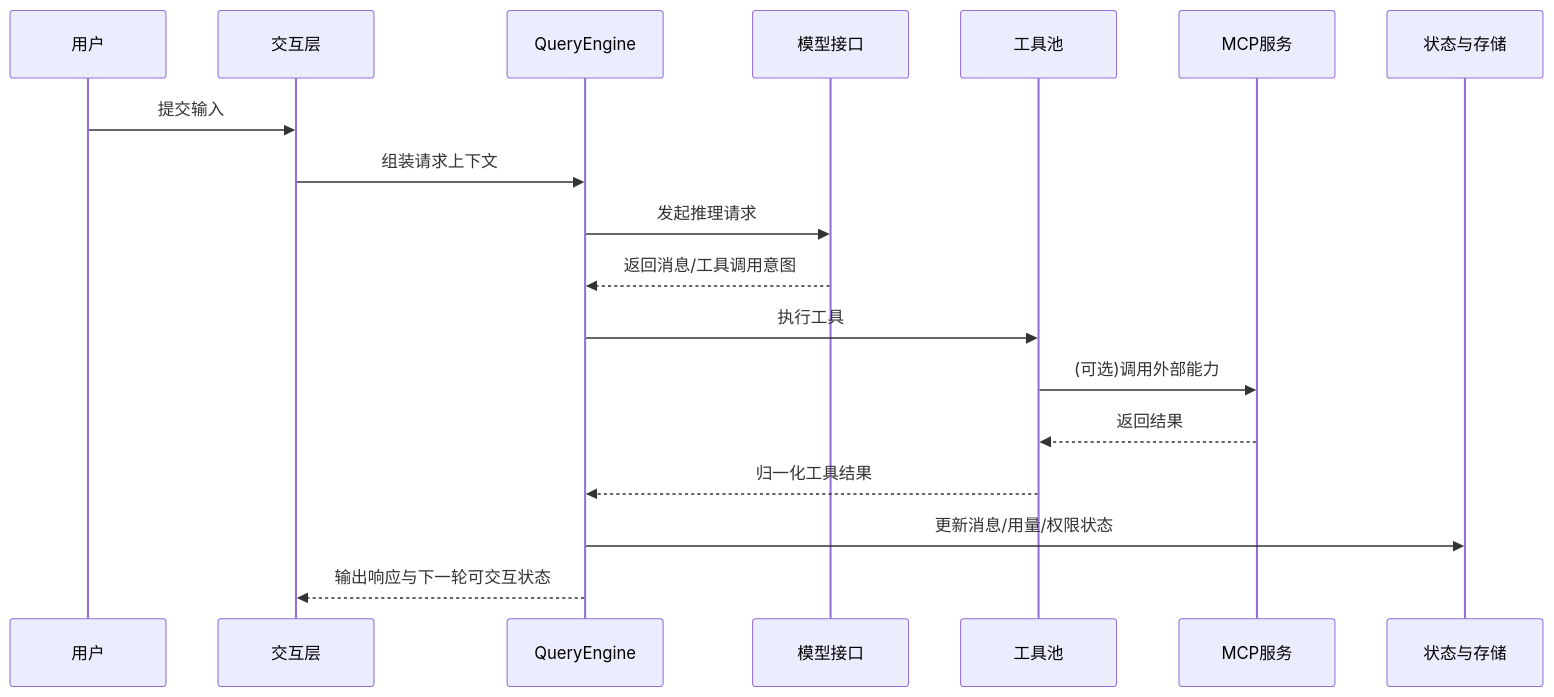
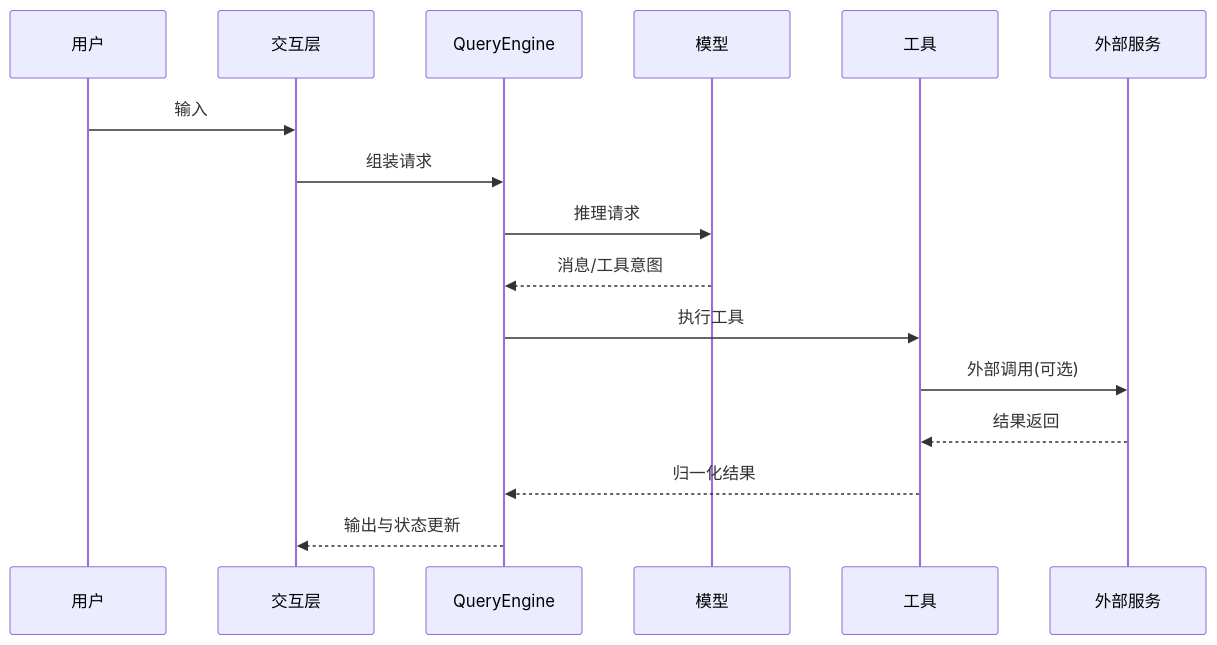
One commit to NanoAgentCode/claude-code-rev changed the third of 3 diagrams in docs/项目运行调度流程报告.md. Above: the diagram before and after it, drawn with Mermaid. The commit also changed other lines of this file and 15 other files, not shown here.

Commit message:
docs: remove outdated modularization report and streamline application flow documentation

````diff
--- a/docs/项目运行调度流程报告.md
+++ b/docs/项目运行调度流程报告.md
@@ -125,21 +51,19 @@
 ```mermaid
 sequenceDiagram
-    participant User as 用户
-    participant REPL as 交互层
-    participant QE as QueryEngine
-    participant Model as 模型接口
-    participant Tool as 工具池
-    participant MCP as MCP服务
-    participant State as 状态与存储
+    participant U as 用户
+    participant R as 交互层
+    participant Q as QueryEngine
+    participant M as 模型
+    participant T as 工具
+    participant X as 外部服务
 
-    User->>REPL: 提交输入
-    REPL->>QE: 组装请求上下文
-    QE->>Model: 发起推理请求
-    Model-->>QE: 返回消息/工具调用意图
-    QE->>Tool: 执行工具
-    Tool->>MCP: (可选)调用外部能力
-    MCP-->>Tool: 返回结果
-    Tool-->>QE: 归一化工具结果
-    QE->>State: 更新消息/用量/权限状态
-    QE-->>REPL: 输出响应与下一轮可交互状态
+    U->>R: 输入
+    R->>Q: 组装请求
+    Q->>M: 推理请求
+    M-->>Q: 消息/工具意图
+    Q->>T: 执行工具
+    T->>X: 外部调用(可选)
+    X-->>T: 结果返回
+    T-->>Q: 归一化结果
+    Q-->>R: 输出与状态更新
 ```
````
